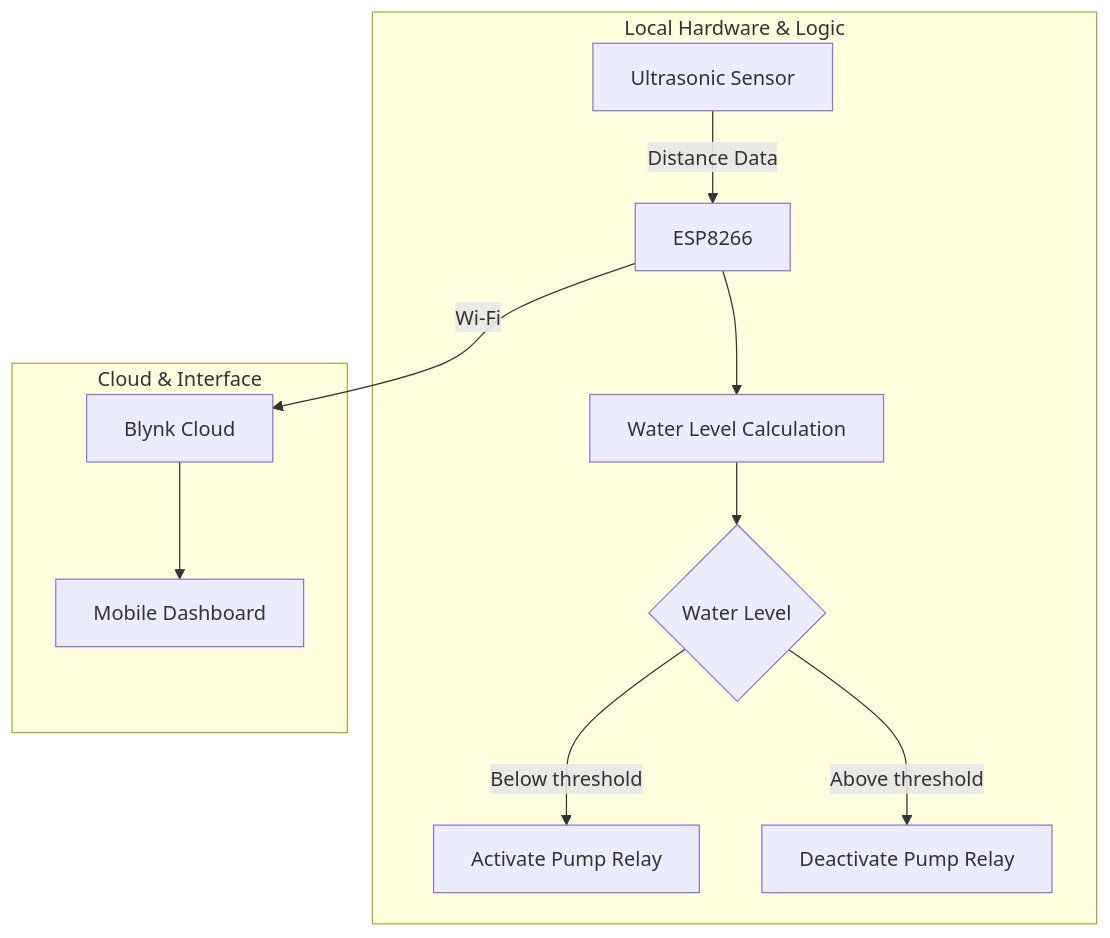
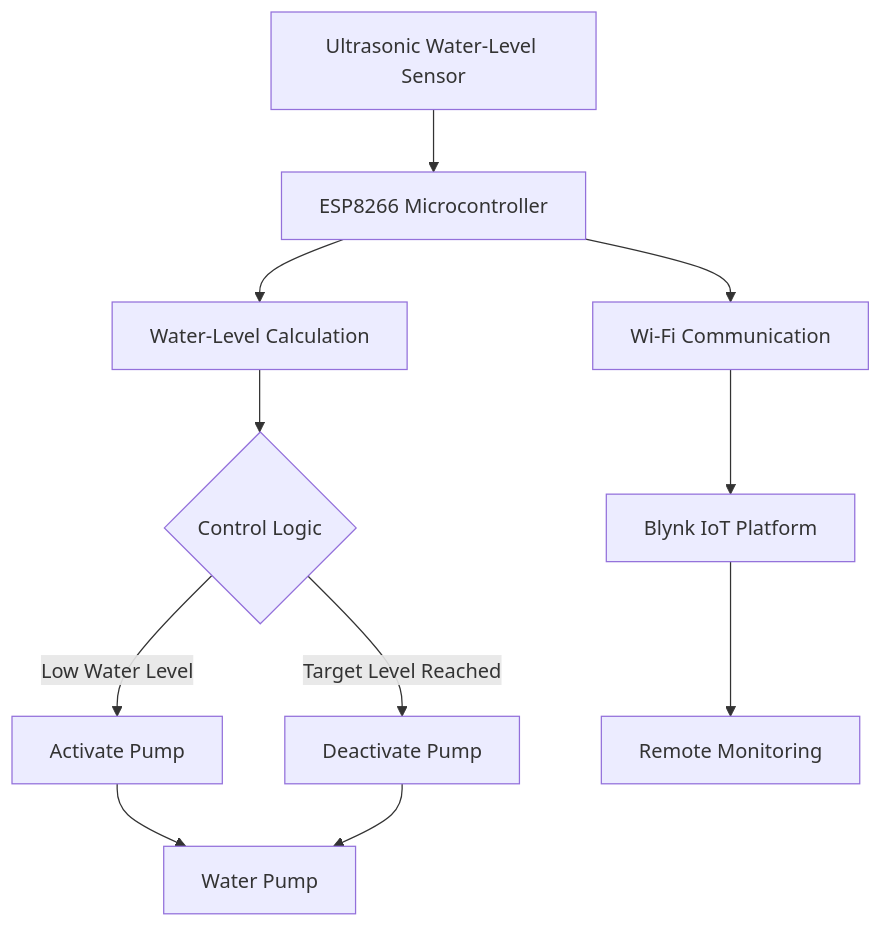
Before and after one commit to OmolayoSeun/IoT-water-management-system: the first of 2 diagrams in docs/architecture.md, drawn with Mermaid. The commit also changed other lines of this file, not shown here.

First line of the commit message:
Enhance architecture documentation for IoT Water System

````diff
--- a/docs/architecture.md
+++ b/docs/architecture.md
@@ -1,16 +18,17 @@
 ```mermaid
 flowchart TD
-    subgraph Local Hardware & Logic
-        A[Ultrasonic Sensor] -->|Distance Data| B[ESP8266]
-        B --> C[Water Level Calculation]
-        C --> D{Water Level}
-        
-        D -->|Below threshold| E[Activate Pump Relay]
-        D -->|Above threshold| F[Deactivate Pump Relay]
-    end
+    A[Ultrasonic Water-Level Sensor] --> B[ESP8266 Microcontroller]
 
-    subgraph Cloud & Interface
-        B -->|Wi-Fi| G[Blynk Cloud]
-        G --> H[Mobile Dashboard]
-    end
+    B --> C[Water-Level Calculation]
+    C --> D{Control Logic}
+
+    D -->|Low Water Level| E[Activate Pump]
+    D -->|Target Level Reached| F[Deactivate Pump]
+
+    E --> G[Water Pump]
+    F --> G
+
+    B --> H[Wi-Fi Communication]
+    H --> I[Blynk IoT Platform]
+    I --> J[Remote Monitoring]
 ```
````
